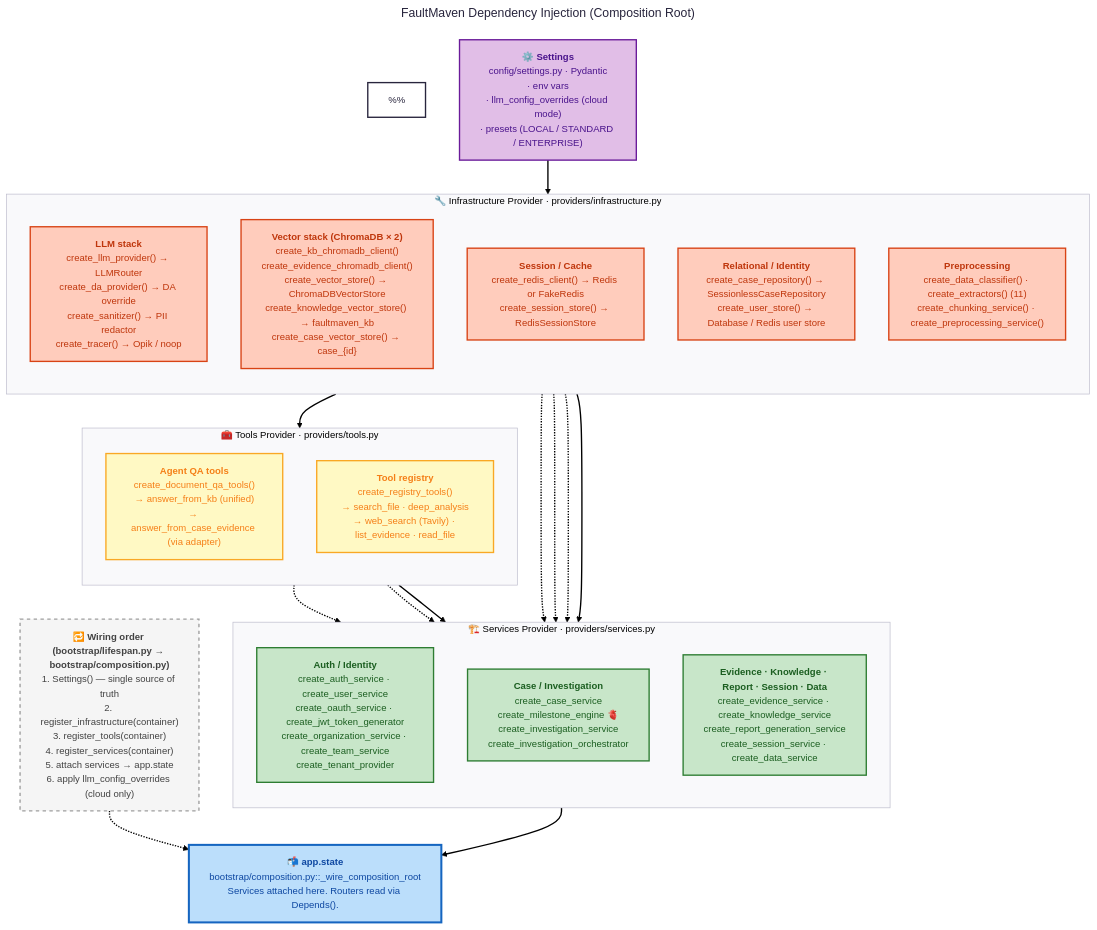
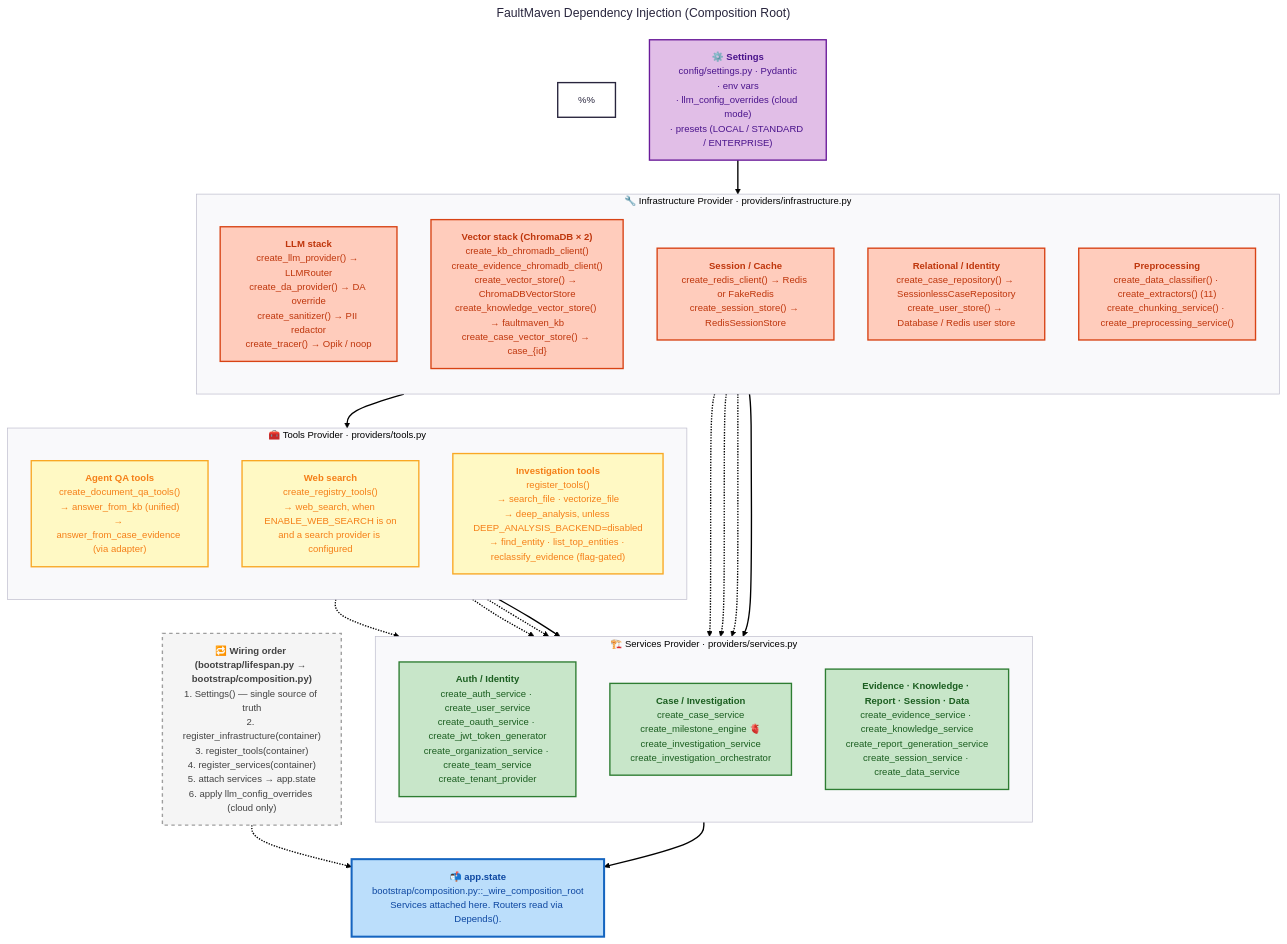
The diagram in docs/architecture/diagrams/DI-diagram.mmd (FaultMaven/faultmaven), drawn with Mermaid before and after one commit. The commit also changed 42 other files, not shown here.

```diff
--- a/docs/architecture/diagrams/DI-diagram.mmd
+++ b/docs/architecture/diagrams/DI-diagram.mmd
@@ -1,104 +1,106 @@
 ---
 config:
   theme: redux
   layout: dagre
   look: classic
 title: "FaultMaven Dependency Injection (Composition Root)"
 ---
 flowchart TB
 %% How services get composed from infrastructure at startup.
 %% Sibling primary diagram: system-architecture.mmd
 %%
 %% Sources (file:symbol):
 %%   faultmaven/bootstrap/lifespan.py::lifespan             (L32-514)
 %%   faultmaven/bootstrap/composition.py::_wire_composition_root (app.state attachment, L184-516)
 %%   faultmaven/container/_container_impl.py               (init + register_* wrappers)
 %%   faultmaven/container/providers/infrastructure.py      (infra bindings)
 %%   faultmaven/container/providers/tools.py               (tools bindings)
 %%   faultmaven/container/providers/services.py            (service bindings)
 
     %% ============================================================
     %% TIER 1 — CONFIGURATION (single source of truth)
     %% ============================================================
     Settings["⚙️ <b>Settings</b><br/>config/settings.py · Pydantic<br/>· env vars<br/>· llm_config_overrides (cloud mode)<br/>· presets (LOCAL / STANDARD / ENTERPRISE)"]
 
     %% ============================================================
     %% TIER 2 — INFRASTRUCTURE PROVIDER
     %%   Creates stateless + shared-client primitives.
     %%   No business logic. Never depends on other providers.
     %% ============================================================
     subgraph INFRA["🔧 Infrastructure Provider &middot; providers/infrastructure.py"]
         direction TB
         Infra_LLM["<b>LLM stack</b><br/>create_llm_provider() → LLMRouter<br/>create_da_provider() → DA override<br/>create_sanitizer() → PII redactor<br/>create_tracer() → Opik / noop"]
         Infra_Vec["<b>Vector stack (ChromaDB × 2)</b><br/>create_kb_chromadb_client()<br/>create_evidence_chromadb_client()<br/>create_vector_store() → ChromaDBVectorStore<br/>create_knowledge_vector_store() → faultmaven_kb<br/>create_case_vector_store() → case_{id}"]
         Infra_Session["<b>Session / Cache</b><br/>create_redis_client() → Redis or FakeRedis<br/>create_session_store() → RedisSessionStore"]
         Infra_Persist["<b>Relational / Identity</b><br/>create_case_repository() → SessionlessCaseRepository<br/>create_user_store() → Database / Redis user store"]
         Infra_Prep["<b>Preprocessing</b><br/>create_data_classifier() · create_extractors() (11)<br/>create_chunking_service() · create_preprocessing_service()"]
     end
 
     %% ============================================================
     %% TIER 3 — TOOLS PROVIDER
     %%   Agent-facing tools. Depends on infrastructure only.
     %% ============================================================
     subgraph TOOLS["🧰 Tools Provider &middot; providers/tools.py"]
         direction TB
         Tools_QA["<b>Agent QA tools</b><br/>create_document_qa_tools()<br/>→ answer_from_kb (unified)<br/>→ answer_from_case_evidence (via adapter)"]
-        Tools_Registry["<b>Tool registry</b><br/>create_registry_tools()<br/>→ search_file · deep_analysis<br/>→ web_search (Tavily) · list_evidence · read_file"]
+        Tools_Web["<b>Web search</b><br/>create_registry_tools()<br/>→ web_search, when ENABLE_WEB_SEARCH is on<br/>and a search provider is configured"]
+        Tools_Investigation["<b>Investigation tools</b><br/>register_tools()<br/>→ search_file · vectorize_file<br/>→ deep_analysis, unless DEEP_ANALYSIS_BACKEND=disabled<br/>→ find_entity · list_top_entities · reclassify_evidence (flag-gated)"]
     end
 
     %% ============================================================
     %% TIER 4 — SERVICES PROVIDER
     %%   Business logic. Depends on infrastructure + tools.
     %% ============================================================
     subgraph SERVICES["🏗️ Services Provider &middot; providers/services.py"]
         direction TB
         Svc_Auth["<b>Auth / Identity</b><br/>create_auth_service · create_user_service<br/>create_oauth_service · create_jwt_token_generator<br/>create_organization_service · create_team_service<br/>create_tenant_provider"]
         Svc_Case["<b>Case / Investigation</b><br/>create_case_service<br/>create_milestone_engine 🫀<br/>create_investigation_service<br/>create_investigation_orchestrator"]
         Svc_Other["<b>Evidence · Knowledge · Report · Session · Data</b><br/>create_evidence_service · create_knowledge_service<br/>create_report_generation_service<br/>create_session_service · create_data_service"]
     end
 
     %% ============================================================
     %% TIER 5 — APP.STATE
     %%   Where routers discover services via Depends().
     %% ============================================================
     AppState["📬 <b>app.state</b><br/>bootstrap/composition.py::_wire_composition_root<br/>Services attached here. Routers read via Depends()."]
 
     %% ============================================================
     %% SIDE PANEL — WIRING ORDER (executed at startup)
     %% ============================================================
     Order["🔁 <b>Wiring order (bootstrap/lifespan.py → bootstrap/composition.py)</b><br/>1. Settings() — single source of truth<br/>2. register_infrastructure(container)<br/>3. register_tools(container)<br/>4. register_services(container)<br/>5. attach services → app.state<br/>6. apply llm_config_overrides (cloud only)"]
 
     %% ============================================================
     %% EDGES (high-signal flows only)
     %% ============================================================
     Settings --> INFRA
     INFRA --> TOOLS
     INFRA --> SERVICES
     TOOLS --> SERVICES
     SERVICES --> AppState
 
     %% Zoom-in edges to highlight the milestone engine's dependencies:
     Infra_LLM -.-> Svc_Case
     Infra_Persist -.-> Svc_Case
     Infra_Vec -.-> Svc_Case
     Tools_QA -.-> Svc_Case
-    Tools_Registry -.-> Svc_Case
+    Tools_Web -.-> Svc_Case
+    Tools_Investigation -.-> Svc_Case
 
     Order -.-> AppState
 
     %% ============================================================
     %% STYLING
     %% ============================================================
     classDef settings fill:#e1bee7,stroke:#6a1b9a,stroke-width:2px,color:#4a148c
     classDef infra fill:#ffccbc,stroke:#d84315,color:#bf360c
     classDef tools fill:#fff9c4,stroke:#f9a825,color:#f57f17
     classDef services fill:#c8e6c9,stroke:#2e7d32,color:#1b5e20
     classDef state fill:#bbdefb,stroke:#1565c0,stroke-width:3px,color:#0d47a1
     classDef note fill:#f5f5f5,stroke:#9e9e9e,stroke-dasharray: 5 5,color:#424242
 
     class Settings settings
     class Infra_LLM,Infra_Vec,Infra_Session,Infra_Persist,Infra_Prep infra
-    class Tools_QA,Tools_Registry tools
+    class Tools_QA,Tools_Web,Tools_Investigation tools
     class Svc_Auth,Svc_Case,Svc_Other services
     class AppState state
     class Order note
```
